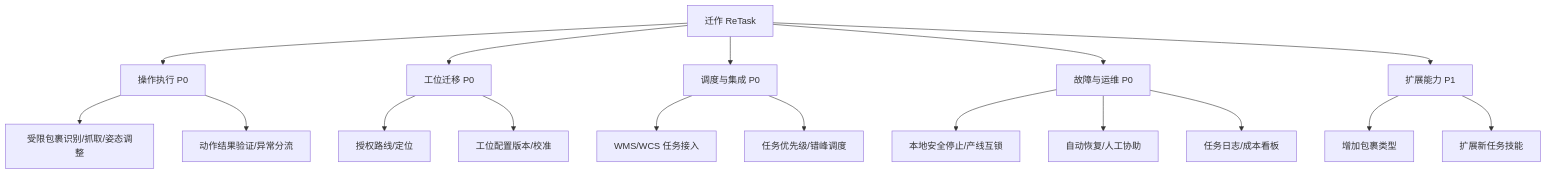
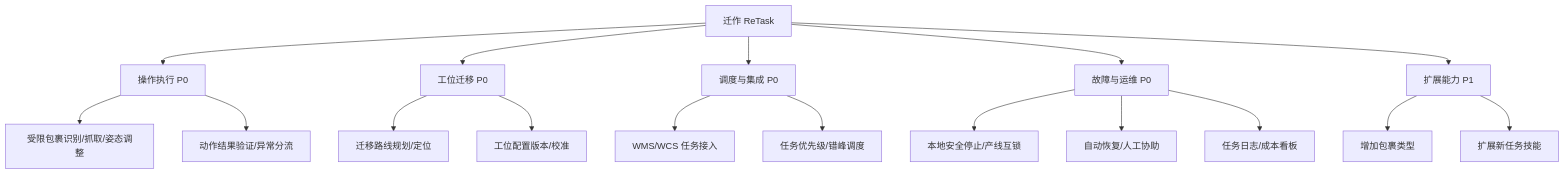
Before and after one commit to kari-leo/windborne-blog: the third of 4 diagrams in src/content/projectDocuments/homeAgent/retask.md, drawn with Mermaid. The commit also changed other lines of this file and 13 other files, not shown here.

````diff
--- a/src/content/projectDocuments/homeAgent/retask.md
+++ b/src/content/projectDocuments/homeAgent/retask.md
@@ -132,19 +132,19 @@
 ```mermaid
 flowchart TD
     ROOT[迁作 ReTask] --> OP[操作执行 P0]
     ROOT --> M[工位迁移 P0]
     ROOT --> SYS[调度与集成 P0]
     ROOT --> R[故障与运维 P0]
     ROOT --> EXP[扩展能力 P1]
     OP --> O1[受限包裹识别/抓取/姿态调整]
     OP --> O2[动作结果验证/异常分流]
-    M --> M1[授权路线/定位]
+    M --> M1[迁移路线规划/定位]
     M --> M2[工位配置版本/校准]
     SYS --> S1[WMS/WCS 任务接入]
     SYS --> S2[任务优先级/错峰调度]
     R --> R1[本地安全停止/产线互锁]
     R --> R2[自动恢复/人工协助]
     R --> R3[任务日志/成本看板]
     EXP --> E1[增加包裹类型]
     EXP --> E2[扩展新任务技能]
 ```
````
